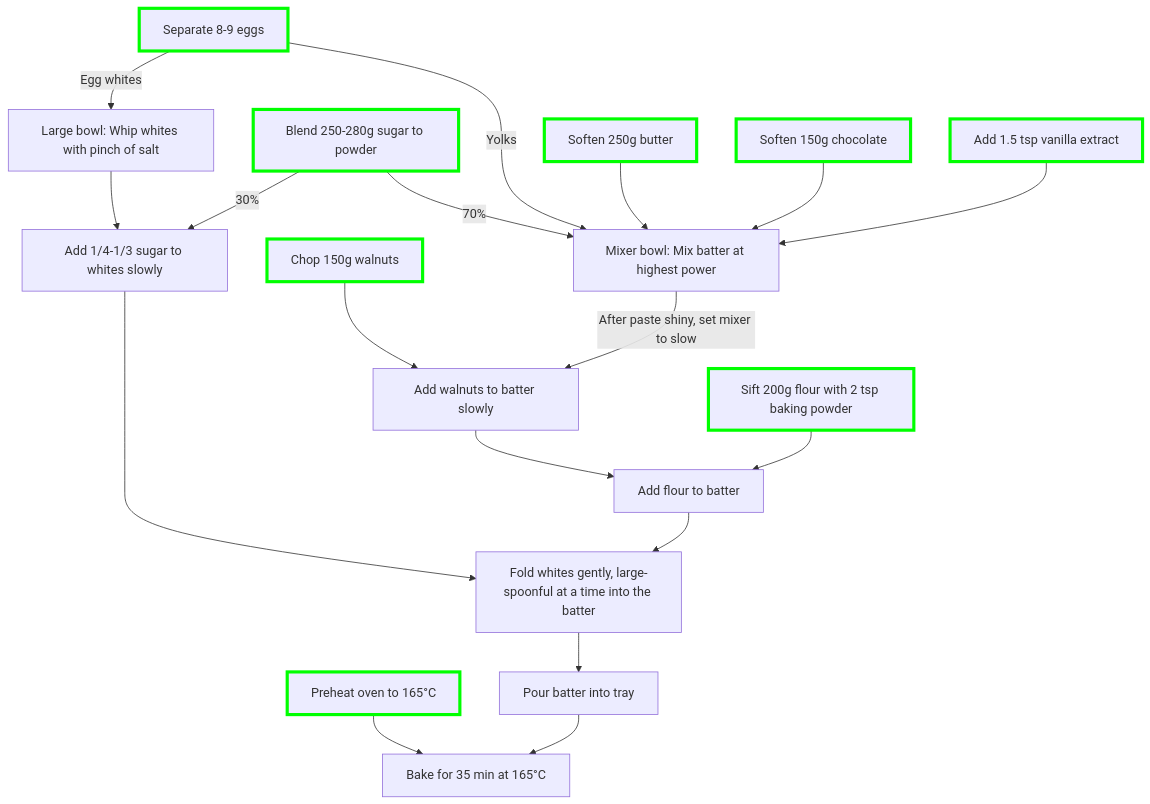
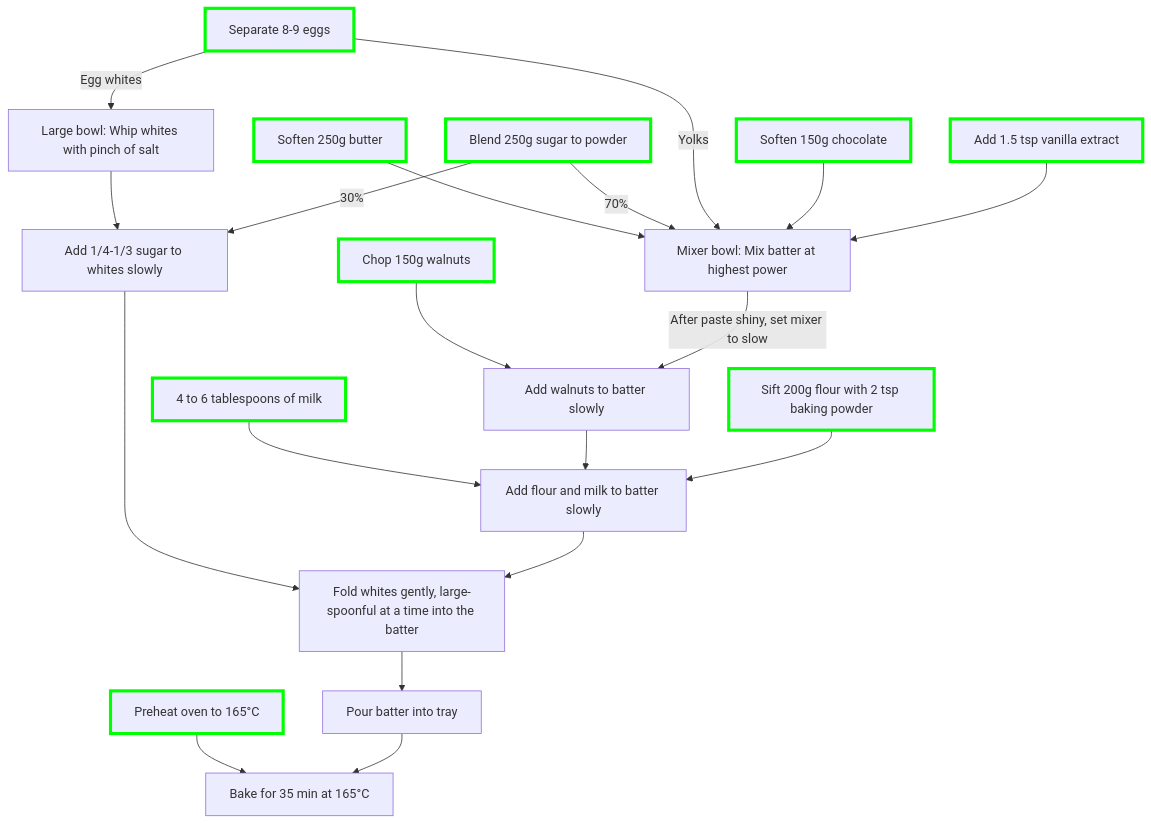
Before and after one commit to urbas/recipes: the diagram in recipes/zamorcek/index.md, drawn with Mermaid. The commit also changed other lines of this file, not shown here.

Commit message:
zamorcek corrections: add milk, clearer amount of sugar

````diff
--- a/recipes/zamorcek/index.md
+++ b/recipes/zamorcek/index.md
@@ -62,22 +62,23 @@
 ```mermaid
 flowchart TD
+    SoftenButter[Soften 250g butter] --> MixBatter
+    Chop[Chop 150g walnuts] --> AddWalnuts[Add walnuts to batter slowly]
     Preheat[Preheat oven to 165°C] --> Bake[Bake for 35 min at 165°C]
-    Chop[Chop 150g walnuts] --> AddWalnuts[Add walnuts to batter slowly]
     MixBatter[Mixer bowl: Mix batter at highest power] -->|After paste shiny, set mixer to slow| AddWalnuts
-    AddWalnuts --> AddFlour[Add flour to batter]
+    Milk[4 to 6 tablespoons of milk] --> AddFlour
+    AddWalnuts --> AddFlour[Add flour and milk to batter slowly]
     Sift[Sift 200g flour with 2 tsp baking powder] --> AddFlour
     Separate[Separate 8-9 eggs] -- Egg whites --> Whip[Large bowl: Whip whites with pinch of salt]
-    Blend[Blend 250-280g sugar to powder] -->|70%| MixBatter
+    Blend[Blend 250g sugar to powder] -->|70%| MixBatter
     Separate --->|Yolks| MixBatter
-    SoftenButter[Soften 250g butter] --> MixBatter
     SoftenChoc[Soften 150g chocolate] --> MixBatter
     Vanilla[Add 1.5 tsp vanilla extract] --> MixBatter
     Whip --> AddSugar[Add 1/4-1/3 sugar to whites slowly]
     Blend -->|30%| AddSugar
     AddSugar --> Fold[Fold whites gently, large-spoonful at a time into the batter]
     AddFlour --> Fold
     Fold --> PourBatter[Pour batter into tray]
     PourBatter --> Bake
     classDef inputClass stroke:#00ff00,stroke-width:4px;
-    class Preheat,Chop,Blend,SoftenButter,SoftenChoc,Separate,Sift,Vanilla inputClass;
+    class Preheat,Chop,Blend,Milk,SoftenButter,SoftenChoc,Separate,Sift,Vanilla inputClass;
 ```
````
